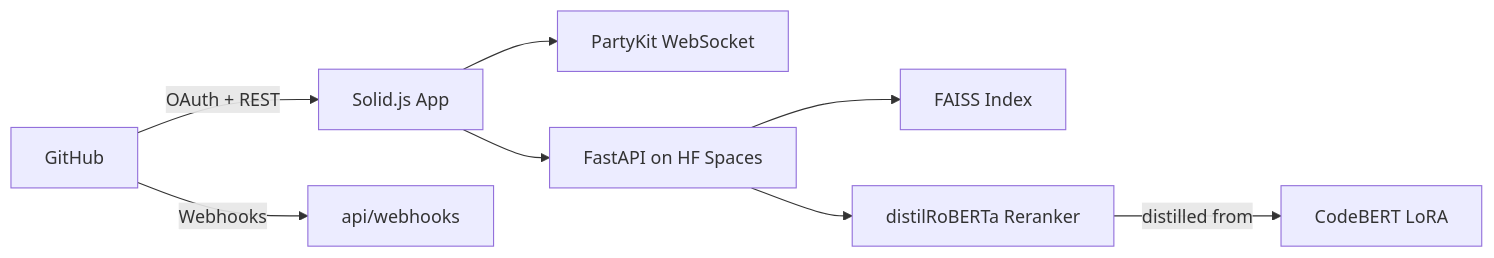
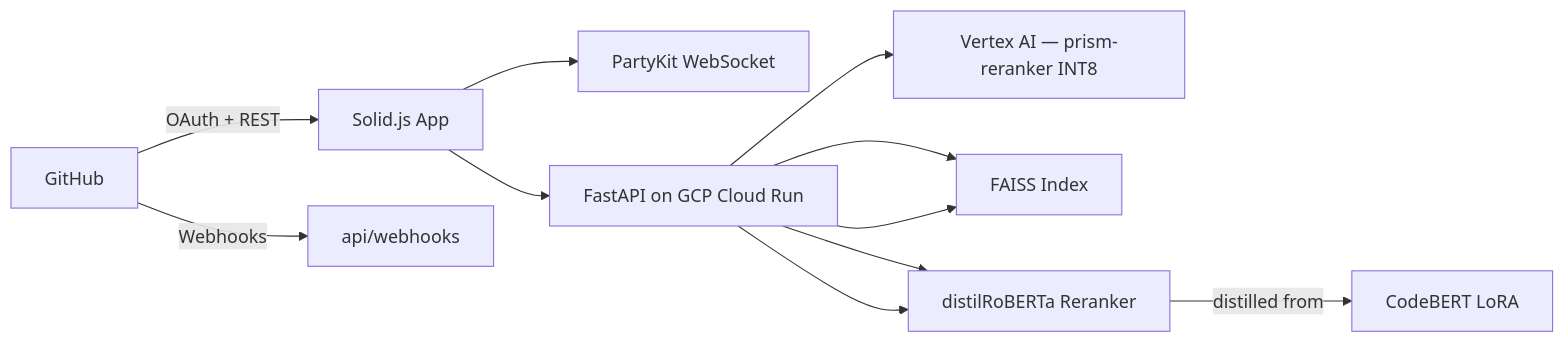
Before and after one commit to ritunjaym/codelens: the diagram in README.md, drawn with Mermaid. The commit also changed other lines of this file, not shown here.

First line of the commit message:
Revise deployment information for ML API and services

````diff
--- a/README.md
+++ b/README.md
@@ -30,10 +32,13 @@
 ```mermaid
 graph LR
   GitHub -->|OAuth + REST| Web[Solid.js App]
   GitHub -->|Webhooks| Webhooks[api/webhooks]
   Web --> PartyKit[PartyKit WebSocket]
-  Web --> MLAPI[FastAPI on HF Spaces]
+  Web --> MLAPI[FastAPI on GCP Cloud Run]
+  MLAPI --> VertexAI[Vertex AI — prism-reranker INT8]
+  MLAPI --> FAISS[FAISS Index]
+  MLAPI --> Reranker[distilRoBERTa Reranker]
   MLAPI --> FAISS[FAISS Index]
   MLAPI --> Reranker[distilRoBERTa Reranker]
   Reranker -->|distilled from| Teacher[CodeBERT LoRA]
 ```
````
